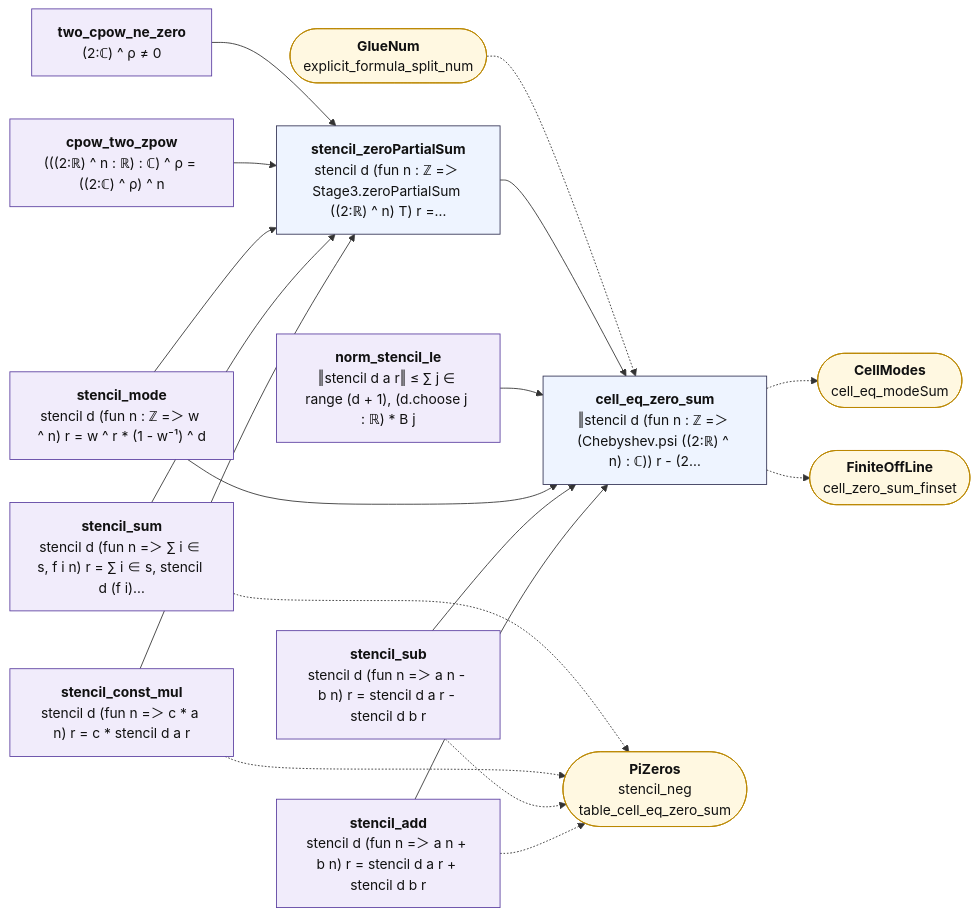
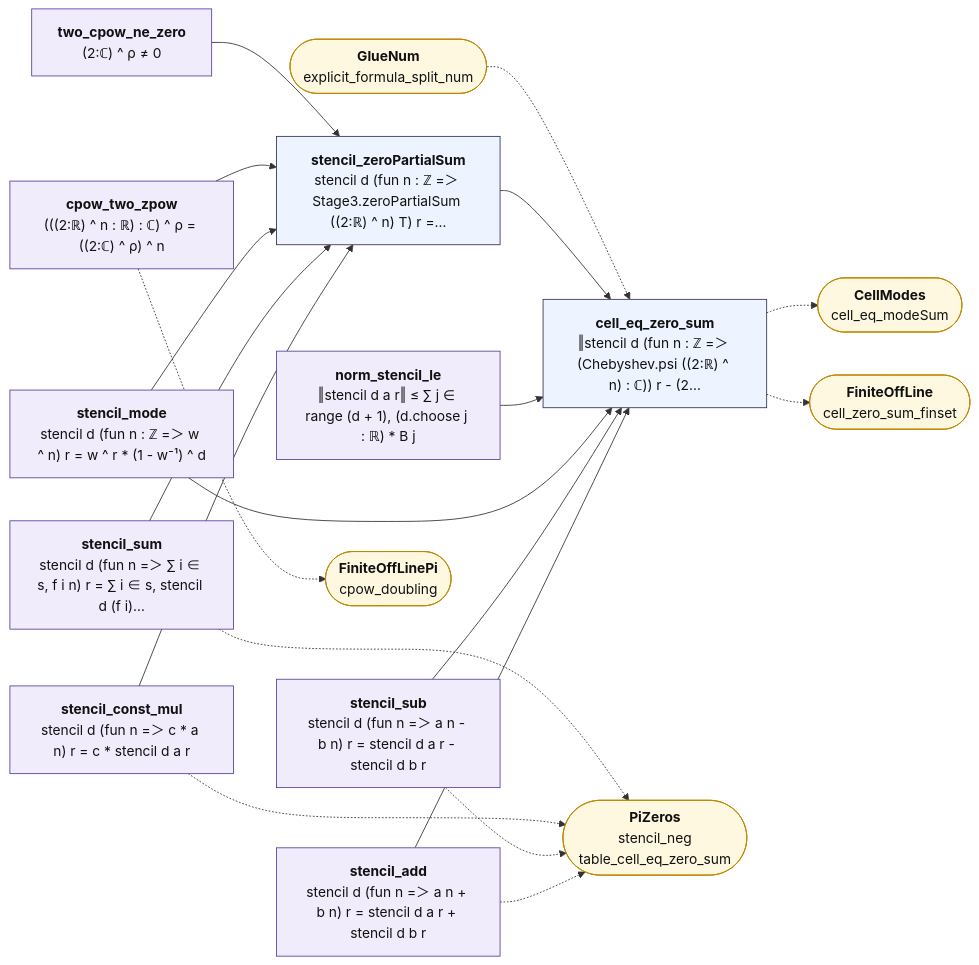
The diagram in map/lean_stage3/CellZeros.md (juliansambranojr/Primebeat_081426), drawn with Mermaid before and after one commit. The commit also changed other lines of this file and 44 other files, not shown here.

First line of the commit message:
J10e: finitely many zeros off the line, on the prime count at the doublings (unit 0445)

````diff
--- a/map/lean_stage3/CellZeros.md
+++ b/map/lean_stage3/CellZeros.md
@@ -12,42 +12,44 @@
 ```mermaid
 flowchart LR
   n0["<b>stencil_add</b><br/>stencil d (fun n =＞ a n + b n) r = stencil d a r + stencil d b r"]:::shp
   n1["<b>stencil_sub</b><br/>stencil d (fun n =＞ a n - b n) r = stencil d a r - stencil d b r"]:::shp
   n2["<b>stencil_const_mul</b><br/>stencil d (fun n =＞ c * a n) r = c * stencil d a r"]:::shp
   n3["<b>stencil_sum</b><br/>stencil d (fun n =＞ ∑ i ∈ s, f i n) r = ∑ i ∈ s, stencil d (f i)…"]:::shp
   n4["<b>stencil_mode</b><br/>stencil d (fun n : ℤ =＞ w ^ n) r = w ^ r * (1 - w⁻¹) ^ d"]:::shp
   n5["<b>norm_stencil_le</b><br/>‖stencil d a r‖ ≤ ∑ j ∈ range (d + 1), (d.choose j : ℝ) * B j"]:::shp
   n6["<b>cpow_two_zpow</b><br/>(((2:ℝ) ^ n : ℝ) : ℂ) ^ ρ = ((2:ℂ) ^ ρ) ^ n"]:::shp
   n7["<b>two_cpow_ne_zero</b><br/>(2:ℂ) ^ ρ ≠ 0"]:::shp
   n8["<b>stencil_zeroPartialSum</b><br/>stencil d (fun n : ℤ =＞ Stage3.zeroPartialSum ((2:ℝ) ^ n) T) r =…"]:::thm
   n9["<b>cell_eq_zero_sum</b><br/>‖stencil d (fun n : ℤ =＞ (Chebyshev.psi ((2:ℝ) ^ n) : ℂ)) r - (2…"]:::thm
   x0(["<b>PiZeros</b><br/>stencil_neg<br/>table_cell_eq_zero_sum"]):::ext
-  x1(["<b>GlueNum</b><br/>explicit_formula_split_num"]):::ext
-  x2(["<b>CellModes</b><br/>cell_eq_modeSum"]):::ext
-  x3(["<b>FiniteOffLine</b><br/>cell_zero_sum_finset"]):::ext
+  x1(["<b>FiniteOffLinePi</b><br/>cpow_doubling"]):::ext
+  x2(["<b>GlueNum</b><br/>explicit_formula_split_num"]):::ext
+  x3(["<b>CellModes</b><br/>cell_eq_modeSum"]):::ext
+  x4(["<b>FiniteOffLine</b><br/>cell_zero_sum_finset"]):::ext
   n0 --> n9
   n1 --> n9
   n2 --> n8
   n3 --> n8
   n4 --> n8
   n4 --> n9
   n5 --> n9
   n6 --> n8
   n7 --> n8
   n8 --> n9
   n0 -.-> x0
   n1 -.-> x0
   n2 -.-> x0
   n3 -.-> x0
-  n9 -.-> x2
+  n6 -.-> x1
   n9 -.-> x3
-  x1 -.-> n9
+  n9 -.-> x4
+  x2 -.-> n9
   classDef cnt fill:#dff5ec,stroke:#17694a,color:#111
   classDef shp fill:#f1ecfb,stroke:#5b3fa0,color:#111
   classDef rh fill:#ffe5e5,stroke:#c22,color:#111,stroke-width:2px
   classDef thm fill:#eef4ff,stroke:#335,color:#111
   classDef end_ fill:#e7f7e7,stroke:#2a7,color:#111,stroke-width:2px
   classDef lone fill:#fff,stroke:#999,color:#111,stroke-dasharray:4 3
   classDef bad fill:#ffe5e5,stroke:#c22,color:#111,stroke-width:2px
   classDef ext fill:#fff8e1,stroke:#b80,color:#111
 ```
````
